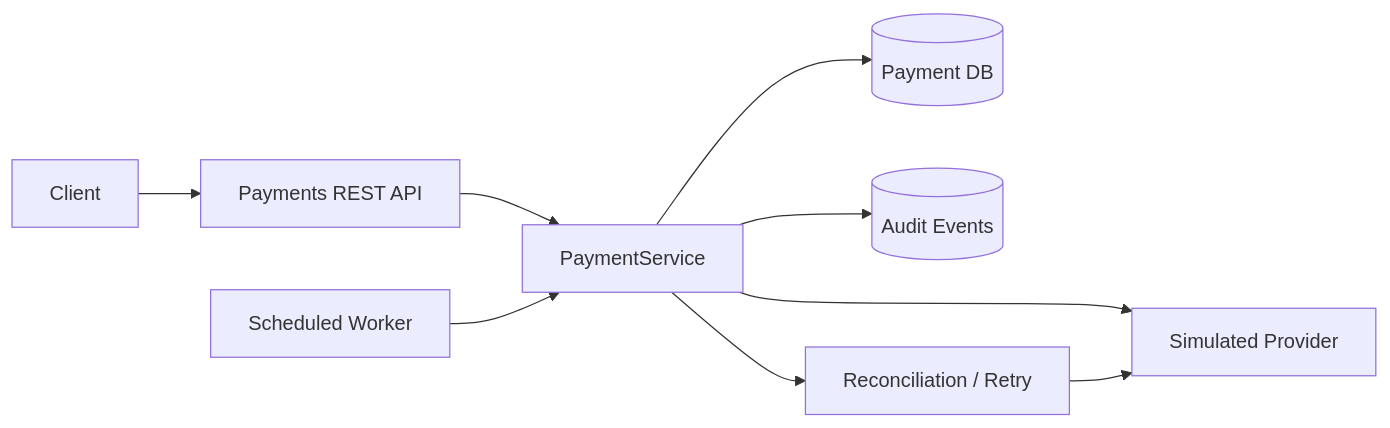
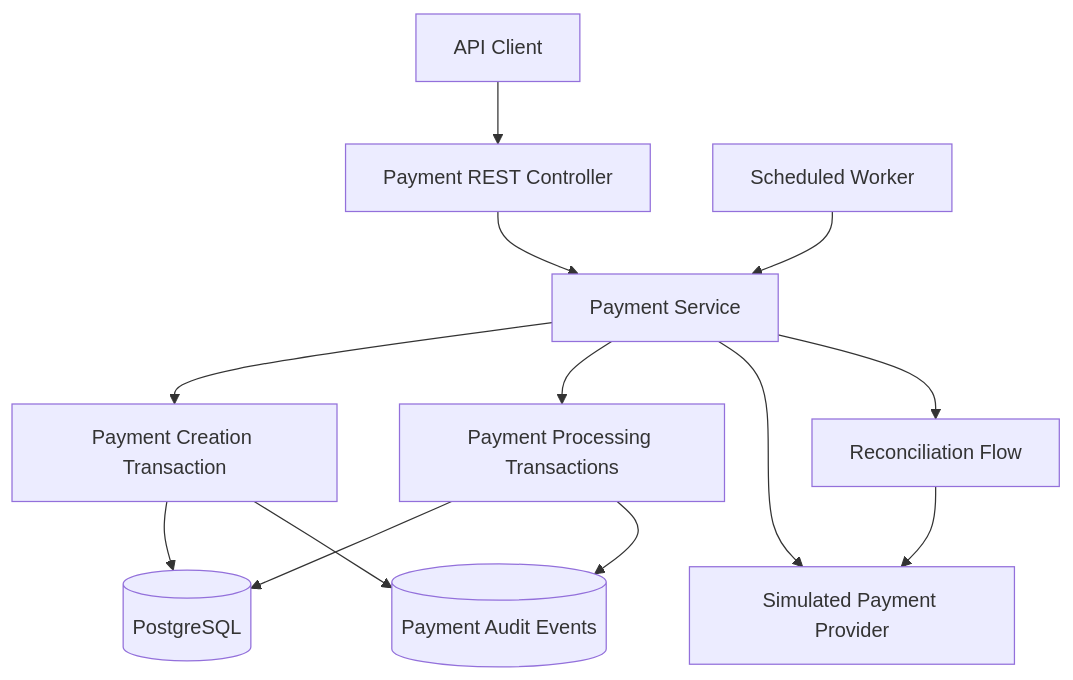
Before and after one commit to bhavyachahal59/Distributed-Payment-Orchestrator: the diagram in README.md, drawn with Mermaid. The commit also changed other lines of this file, not shown here.

Commit message:
Document payment orchestration architecture and reliability design

````diff
--- a/README.md
+++ b/README.md
@@ -45,11 +24,20 @@
 ```mermaid
-flowchart LR
-  C[Client] --> A[Payments REST API]
-  A --> S[PaymentService]
-  S --> D[(Payment DB)]
-  S --> E[(Audit Events)]
-  W[Scheduled Worker] --> S
-  S --> P[Simulated Provider]
-  S --> R[Reconciliation / Retry]
-  R --> P
+flowchart TD
+    Client[API Client] --> API[Payment REST Controller]
+    API --> Service[Payment Service]
+
+    Service --> Creation[Payment Creation Transaction]
+    Service --> Processing[Payment Processing Transactions]
+
+    Creation --> DB[(PostgreSQL)]
+    Processing --> DB
+
+    Scheduler[Scheduled Worker] --> Service
+
+    Service --> Provider[Simulated Payment Provider]
+    Service --> Reconciliation[Reconciliation Flow]
+    Reconciliation --> Provider
+
+    Processing --> Events[(Payment Audit Events)]
+    Creation --> Events
 ```
````
